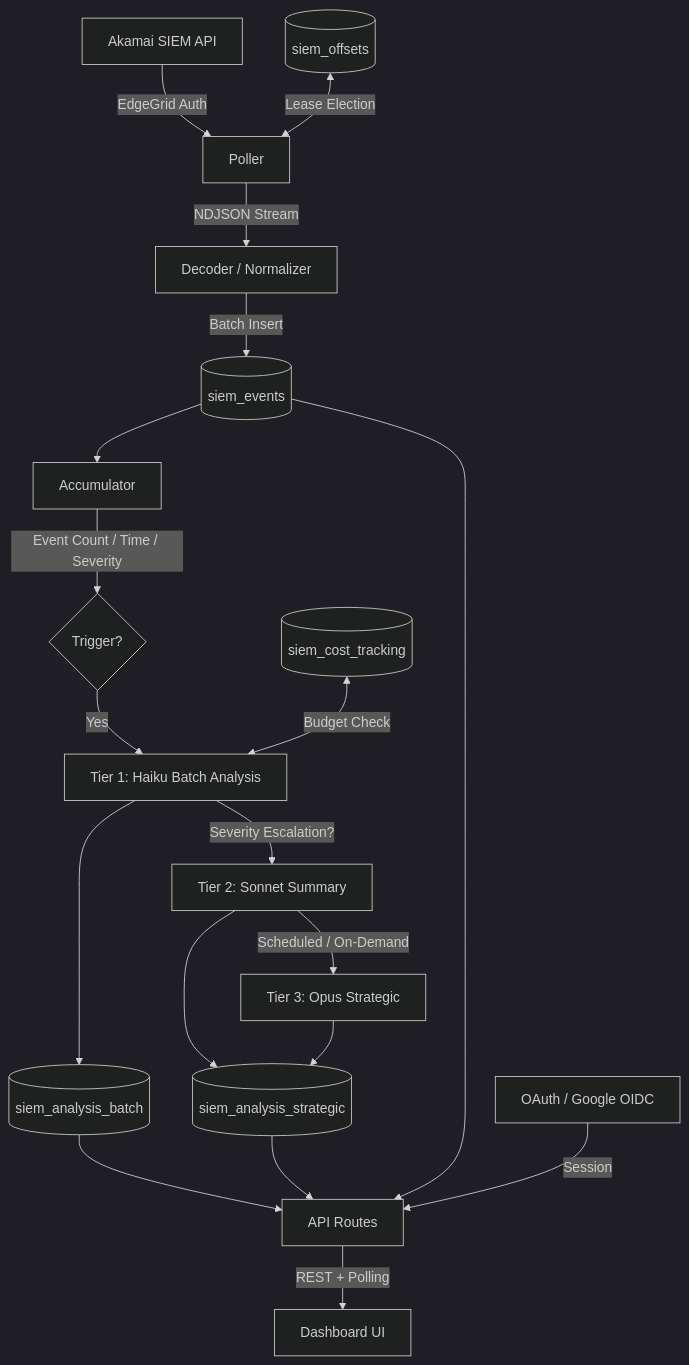
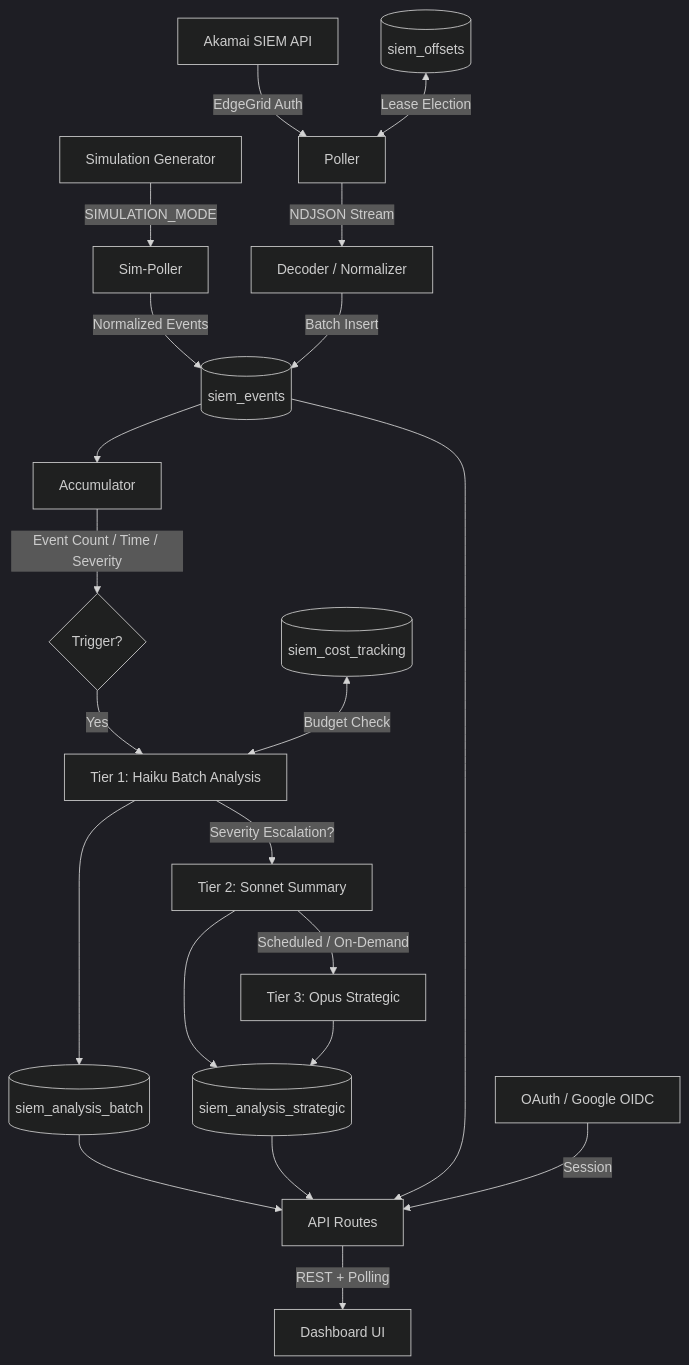
Before and after one commit to HarperFast/akamai-siem-analyzer: the diagram in README.md, drawn with Mermaid (dark theme). The commit also changed other lines of this file and 6 other files, not shown here.

````diff
--- a/README.md
+++ b/README.md
@@ -23,27 +23,29 @@
 ```mermaid
 flowchart TD
     A[Akamai SIEM API] -->|EdgeGrid Auth| B[Poller]
+    S[Simulation Generator] -->|SIMULATION_MODE| T[Sim-Poller]
+    T -->|Normalized Events| D
     B -->|NDJSON Stream| C[Decoder / Normalizer]
     C -->|Batch Insert| D[(siem_events)]
 
     D --> E[Accumulator]
     E -->|Event Count / Time / Severity| F{Trigger?}
 
     F -->|Yes| G[Tier 1: Haiku Batch Analysis]
     G -->|Severity Escalation?| H[Tier 2: Sonnet Summary]
     H -->|Scheduled / On-Demand| I[Tier 3: Opus Strategic]
 
     G --> J[(siem_analysis_batch)]
     H --> K[(siem_analysis_strategic)]
     I --> K
 
     J --> L[API Routes]
     K --> L
     D --> L
 
     L -->|REST + Polling| M[Dashboard UI]
 
     N[OAuth / Google OIDC] -->|Session| L
     O[(siem_offsets)] <-->|Lease Election| B
     P[(siem_cost_tracking)] <-->|Budget Check| G
 ```
````
